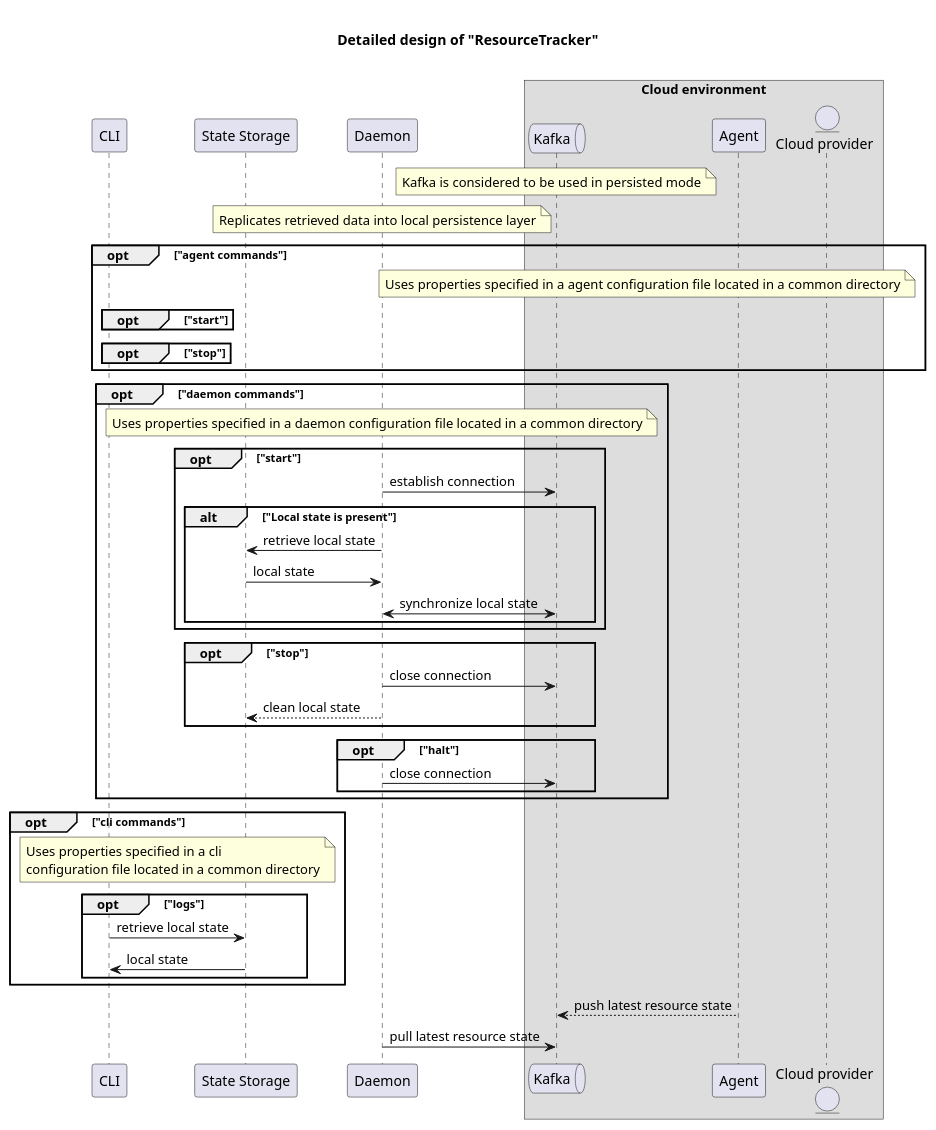
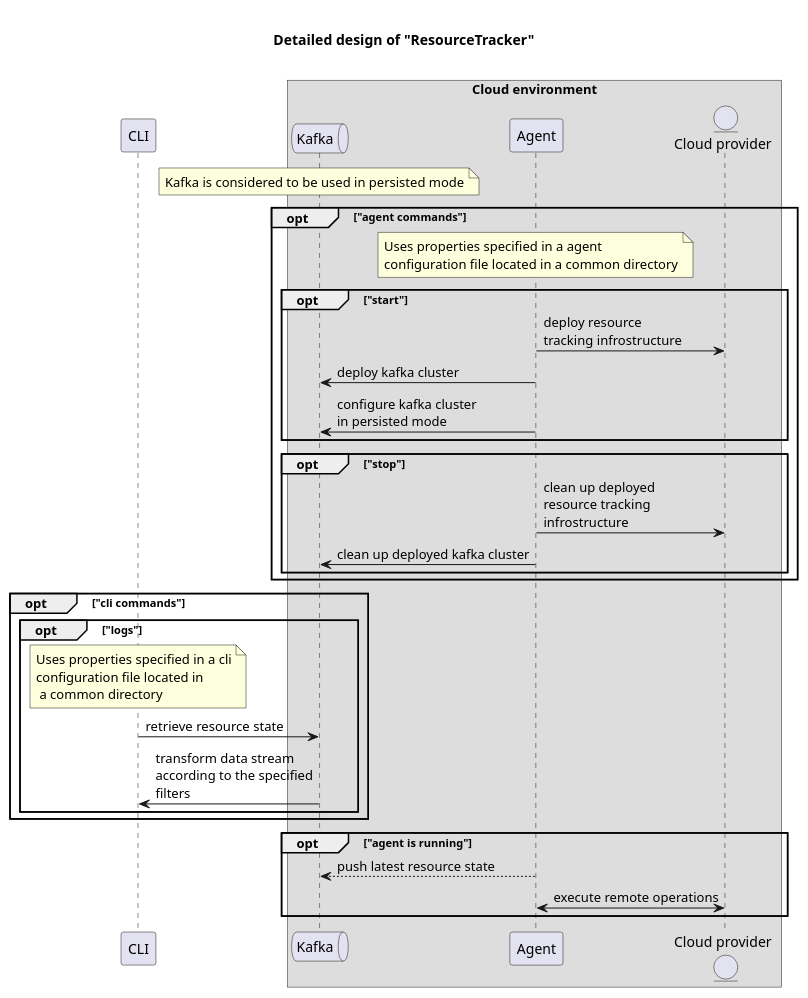
The second of 2 diagrams in README.md (YarikRevich/ResourceTracker), drawn with PlantUML before and after one commit. The commit also changed other lines of this file, not shown here.

Commit message:
feature: updated diagrams

````diff
--- a/README.md
+++ b/README.md
@@ -31,69 +34,49 @@
 ```plantuml
 title
 
   Detailed design of "ResourceTracker"
 
 end title
 
 participant "CLI" as cli
-participant "State Storage" as statestorage
-participant "Daemon" as daemon
 
 box "Cloud environment"
 queue "Kafka" as kafka
 participant "Agent" as agent
 entity "Cloud provider" as cloudprovider
 end box
 
 note over kafka: Kafka is considered to be used in persisted mode
-note over daemon: Replicates retrieved data into local persistence layer
 
 opt "agent commands"
-note over agent, kafka: Uses properties specified in a agent configuration file located in a common directory
+note over agent: Uses properties specified in a agent\nconfiguration file located in a common directory
 
 opt "start"
-
+agent -> cloudprovider: deploy resource\ntracking infrostructure
+agent -> kafka: deploy kafka cluster
+agent -> kafka: configure kafka cluster\nin persisted mode
 end
 
 opt "stop"
-end
-
-end
-
-opt "daemon commands"
-note over daemon: Uses properties specified in a daemon configuration file located in a common directory
-
-opt "start"
-daemon -> kafka: establish connection
-
-alt "Local state is present"
-daemon -> statestorage: retrieve local state
-statestorage -> daemon: local state
-kafka <-> daemon: synchronize local state
-end
-
-end
-
-opt "stop"
-daemon -> kafka: close connection
-daemon --> statestorage: clean local state
-end
-
-opt "halt"
-daemon -> kafka: close connection
+agent -> cloudprovider: clean up deployed\nresource tracking\ninfrostructure
+agent -> kafka: clean up deployed kafka cluster
 end
 
 end
 
 opt "cli commands"
-note over cli, statestorage: Uses properties specified in a cli\nconfiguration file located in a common directory
+opt "logs"
+note over cli: Uses properties specified in a cli\nconfiguration file located in\n a common directory
 
-opt "logs"
-cli -> statestorage: retrieve local state
-statestorage -> cli: local state
+cli -> kafka: retrieve resource state
+kafka -> cli: transform data stream\naccording to the specified\nfilters
+
 end
 
 end
+
+opt "agent is running"
 agent --> kafka: push latest resource state
-daemon -> kafka: pull latest resource state
+agent <-> cloudprovider: execute remote operations
+end
 ```
````
